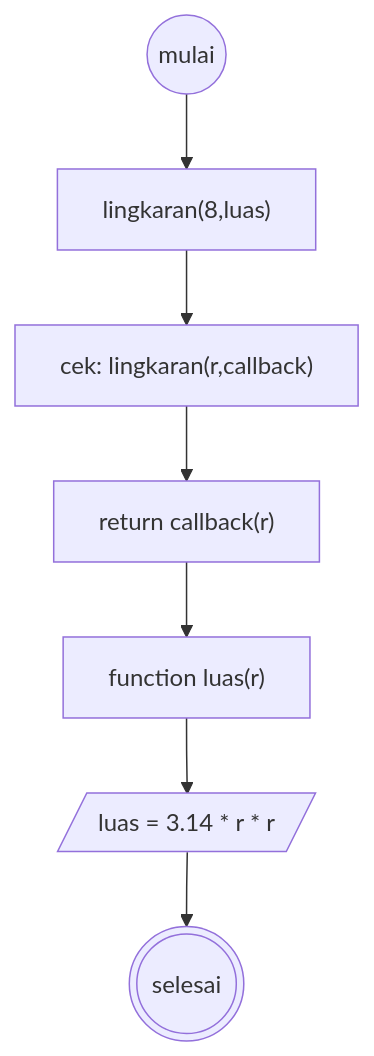
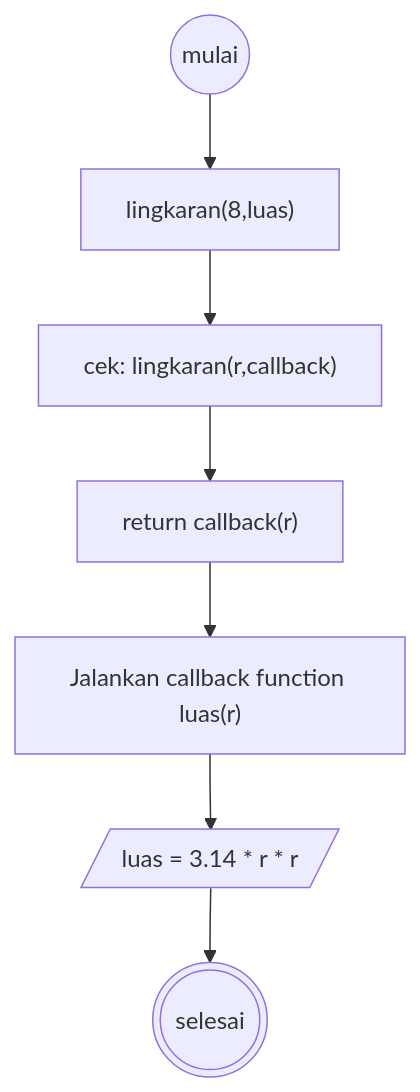
Before and after one commit to asasonda/koda-b1-javascript2: the diagram in koda-b1-minitask4.md, drawn with Mermaid.

````diff
--- a/koda-b1-minitask4.md
+++ b/koda-b1-minitask4.md
@@ -4,9 +4,9 @@
 ```mermaid
 flowchart TD
     start((mulai)) --> luas["lingkaran(8,luas)"]
     luas --> utama["cek: lingkaran(r,callback)"]
     utama --> callback["return callback(r)"]
-    callback --> menuju["function luas(r)"]
+    callback --> menuju["Jalankan callback function luas(r)"]
     menuju --> cetak[/luas = 3.14 * r * r/]
     cetak --> selesai(((selesai)))
 ```
````
